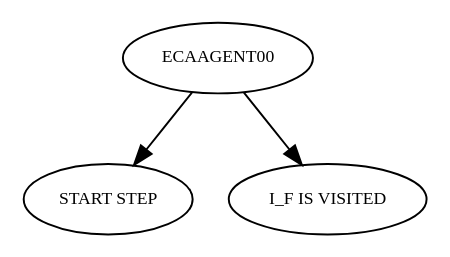
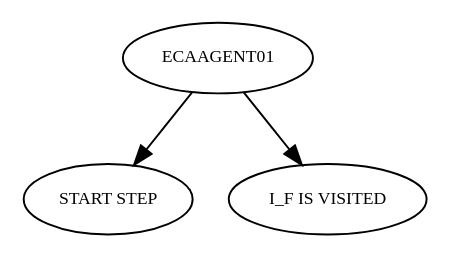
One commit to jescasany/adaptor001 changed the diagram in tree.dot. Above: the diagram before and after it, drawn with Graphviz. The commit also changed 3 other files, not shown here.

```diff
--- a/tree.dot
+++ b/tree.dot
@@ -1,11 +1,11 @@
 strict digraph  {
 	graph [bgcolor=white,
 		ordering=out,
 		rotate=0
 	];
 	node [color=black,
 		fontsize=9
 	];
-	ECAAGENT00 -> "START STEP";
-	ECAAGENT00 -> "I_F IS VISITED";
+	ECAAGENT01 -> "START STEP";
+	ECAAGENT01 -> "I_F IS VISITED";
 }
```
